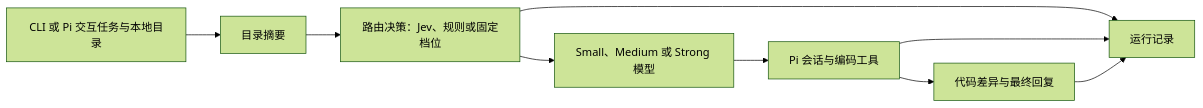
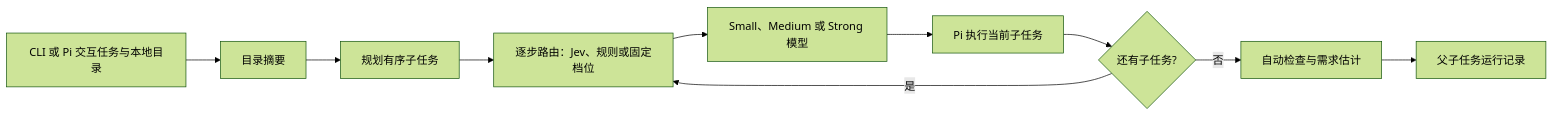
Before and after one commit to tinksfh/RouterCoder-Coding-Agent: the diagram in README.md, drawn with Mermaid (forest theme). The commit also changed other lines of this file and 10 other files, not shown here.

````diff
--- a/README.md
+++ b/README.md
@@ -105,11 +115,12 @@
 ```mermaid
 flowchart LR
   A[CLI 或 Pi 交互任务与本地目录] --> B[目录摘要]
-  B --> C[路由决策：Jev、规则或固定档位]
-  C --> D[Small、Medium 或 Strong 模型]
-  D --> E[Pi 会话与编码工具]
-  E --> F[代码差异与最终回复]
-  C --> G[运行记录]
-  E --> G
-  F --> G
+  B --> C[规划有序子任务]
+  C --> D[逐步路由：Jev、规则或固定档位]
+  D --> E[Small、Medium 或 Strong 模型]
+  E --> F[Pi 执行当前子任务]
+  F --> I{还有子任务?}
+  I -- 是 --> D
+  I -- 否 --> G[自动检查与需求估计]
+  G --> H[父子任务运行记录]
 ```
````
